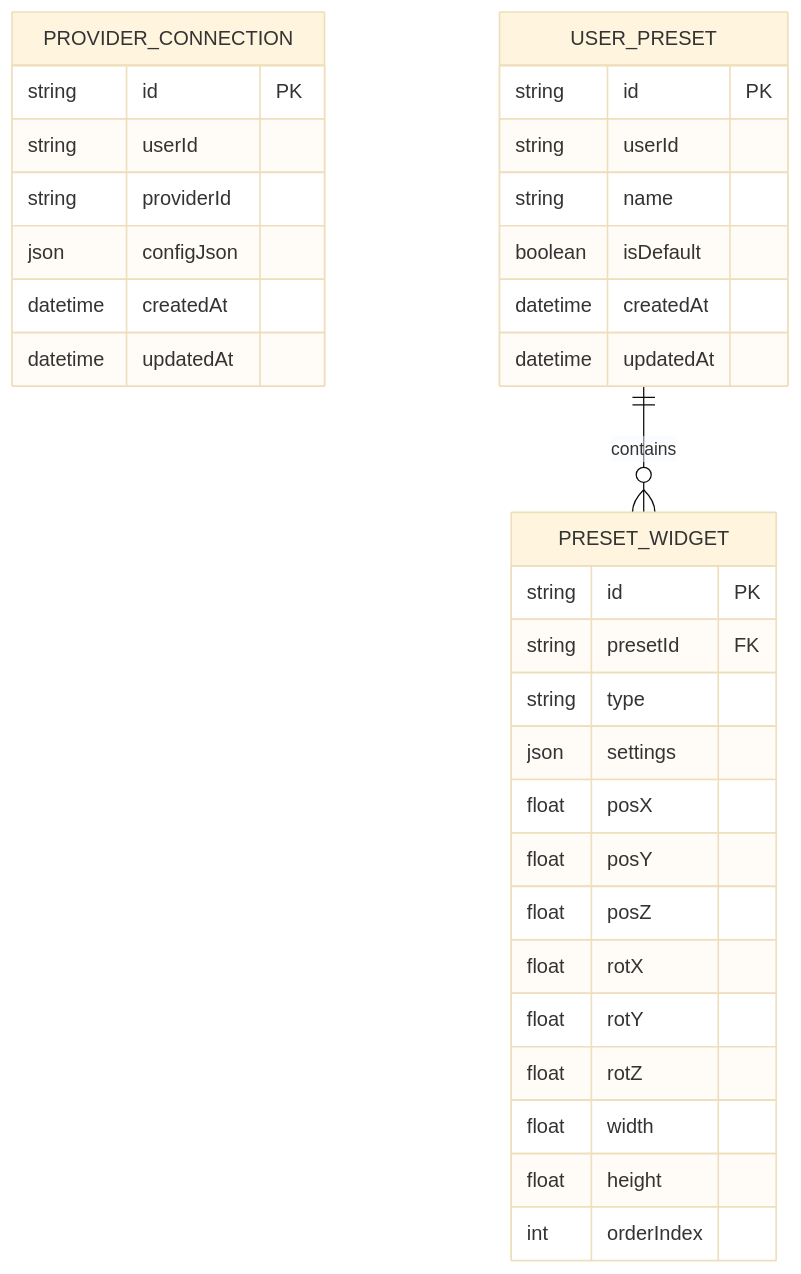
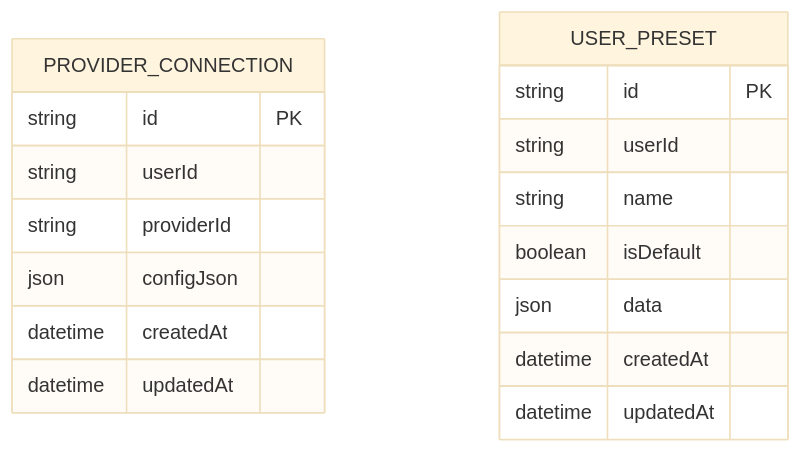
Before and after one commit to OverDrive-Motorsports/OD_Backend: the diagram in services/user-data-service/doc/db/database-diagram.mmd, drawn with Mermaid (base theme). The commit also changed 44 other files, not shown here.

Commit message:
feat(user-data): add per-user layout presets with JWT authentication

```diff
--- a/services/user-data-service/doc/db/database-diagram.mmd
+++ b/services/user-data-service/doc/db/database-diagram.mmd
@@ -1,36 +1,19 @@
 erDiagram
     PROVIDER_CONNECTION {
         string id PK
         string userId
         string providerId
         json configJson
         datetime createdAt
         datetime updatedAt
     }
 
     USER_PRESET {
         string id PK
         string userId
         string name
         boolean isDefault
+        json data
         datetime createdAt
         datetime updatedAt
     }
-
-    PRESET_WIDGET {
-        string id PK
-        string presetId FK
-        string type
-        json settings
-        float posX
-        float posY
-        float posZ
-        float rotX
-        float rotY
-        float rotZ
-        float width
-        float height
-        int orderIndex
-    }
-
-    USER_PRESET ||--o{ PRESET_WIDGET : contains
```
